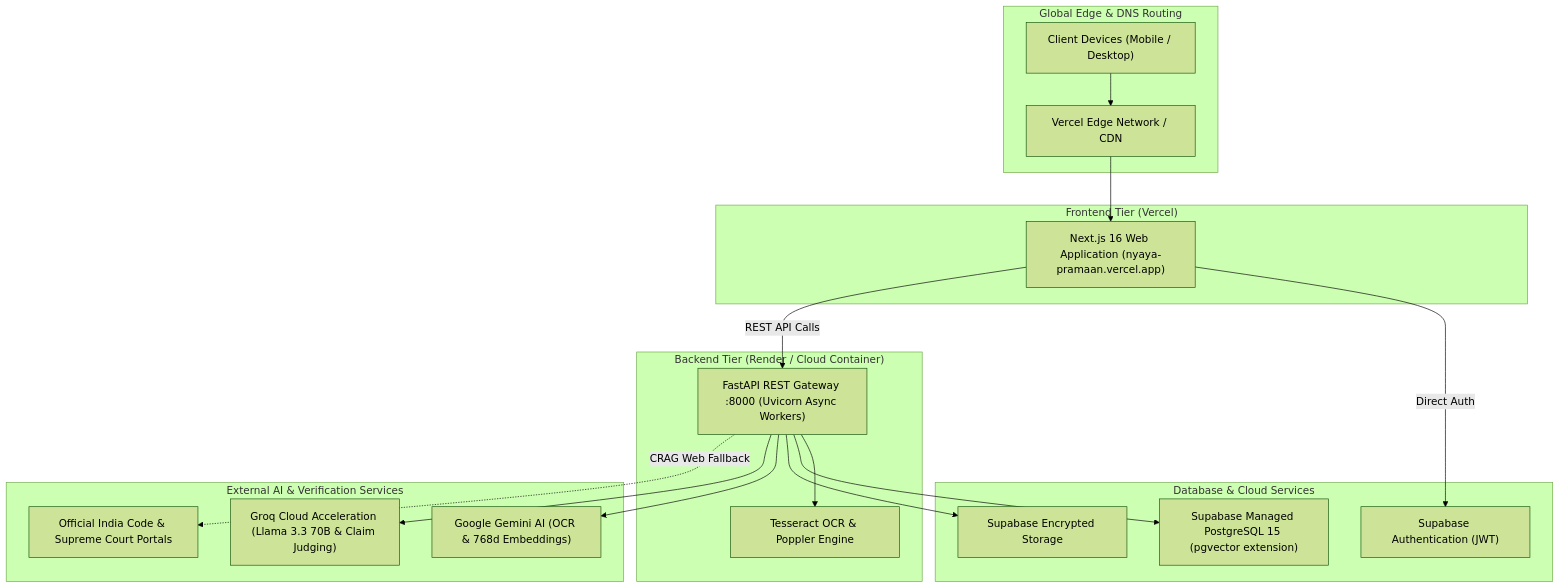
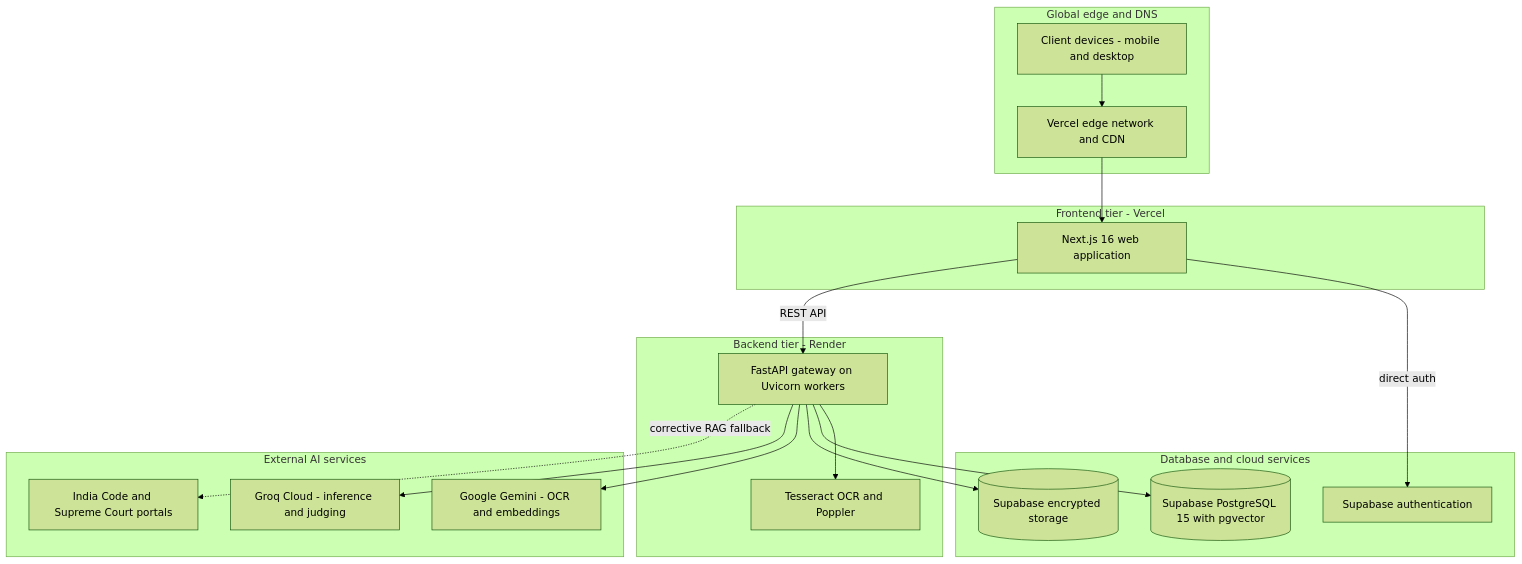
One commit to tanisha-64/NyayaPramaan changed diagram 12 of 12 in README.md. Above: the diagram before and after it, drawn with Mermaid (forest theme). The commit also changed other lines of this file, not shown here.

Commit message:
docs: fix all mermaid diagrams, update structure and add troubleshooting

````diff
--- a/README.md
+++ b/README.md
@@ -1182,39 +1084,39 @@
 ```mermaid
 flowchart TD
-    subgraph EdgeDNS["Global Edge & DNS Routing"]
-        UserDevice["Client Devices (Mobile / Desktop)"]
-        VercelEdge["Vercel Edge Network / CDN"]
+    subgraph Edge["Global edge and DNS"]
+        UserDevice["Client devices - mobile and desktop"]
+        VercelEdge["Vercel edge network and CDN"]
     end
 
-    subgraph FrontendHosting["Frontend Tier (Vercel)"]
-        NextApp["Next.js 16 Web Application (nyaya-pramaan.vercel.app)"]
+    subgraph FE["Frontend tier - Vercel"]
+        NextApp["Next.js 16 web application"]
     end
 
-    subgraph BackendHosting["Backend Tier (Render / Cloud Container)"]
-        FastAPIApp["FastAPI REST Gateway :8000 (Uvicorn Async Workers)"]
-        TesseractService["Tesseract OCR & Poppler Engine"]
+    subgraph BE["Backend tier - Render"]
+        FastAPIApp["FastAPI gateway on Uvicorn workers"]
+        OcrSvc["Tesseract OCR and Poppler"]
     end
 
-    subgraph DataCloud["Database & Cloud Services"]
-        SupaAuth["Supabase Authentication (JWT)"]
-        SupaDB["Supabase Managed PostgreSQL 15 (pgvector extension)"]
-        SupaStorage["Supabase Encrypted Storage"]
+    subgraph Data["Database and cloud services"]
+        SupaAuth["Supabase authentication"]
+        SupaDB[("Supabase PostgreSQL 15 with pgvector")]
+        SupaStore[("Supabase encrypted storage")]
     end
 
-    subgraph ExternalAITier["External AI & Verification Services"]
-        GeminiAPI["Google Gemini AI (OCR & 768d Embeddings)"]
-        GroqAPI["Groq Cloud Acceleration (Llama 3.3 70B & Claim Judging)"]
-        GovPortals["Official India Code & Supreme Court Portals"]
+    subgraph AIServices["External AI services"]
+        GeminiAPI["Google Gemini - OCR and embeddings"]
+        GroqAPI["Groq Cloud - inference and judging"]
+        GovPortals["India Code and Supreme Court portals"]
     end
 
-    UserDevice --> VercelEdge --> NextApp
-    NextApp -->|Direct Auth| SupaAuth
-    NextApp -->|REST API Calls| FastAPIApp
-    
-    FastAPIApp --> TesseractService
+    UserDevice --> VercelEdge
+    VercelEdge --> NextApp
+    NextApp -->|"direct auth"| SupaAuth
+    NextApp -->|"REST API"| FastAPIApp
+    FastAPIApp --> OcrSvc
     FastAPIApp --> SupaDB
-    FastAPIApp --> SupaStorage
+    FastAPIApp --> SupaStore
     FastAPIApp --> GeminiAPI
     FastAPIApp --> GroqAPI
-    FastAPIApp -.->|CRAG Web Fallback| GovPortals
+    FastAPIApp -.->|"corrective RAG fallback"| GovPortals
 ```
````
